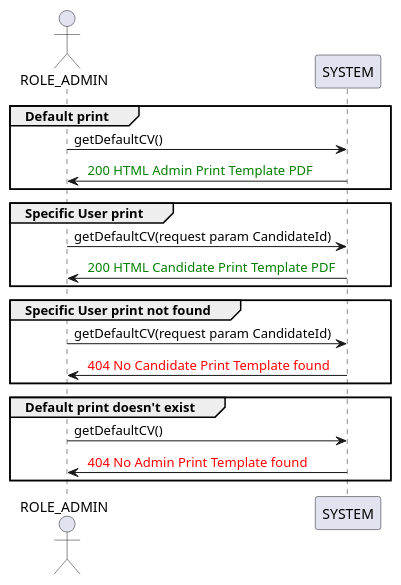
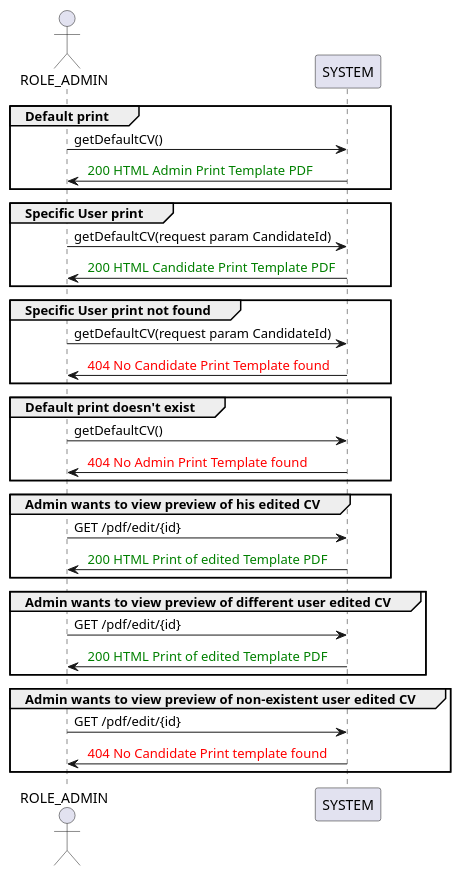
Before and after one commit to kane16/portfolio-server: the third of 3 diagrams in KB/CV View/CV View.md, drawn with PlantUML. The commit also changed other lines of this file and 4 other files, not shown here.

````diff
--- a/KB/CV View/CV View.md
+++ b/KB/CV View/CV View.md
@@ -27,19 +52,32 @@
 ```plantuml
 actor ROLE_ADMIN as admin
+participant SYSTEM as system
 group Default print
-admin -> SYSTEM: getDefaultCV() 
-SYSTEM -> admin: <font color=green> 200 HTML Admin Print Template PDF
+admin -> system: getDefaultCV() 
+system -> admin: <font color=green> 200 HTML Admin Print Template PDF
 end
 group Specific User print
-admin -> SYSTEM: getDefaultCV(request param CandidateId) 
-SYSTEM -> admin: <font color=green> 200 HTML Candidate Print Template PDF
+admin -> system: getDefaultCV(request param CandidateId) 
+system -> admin: <font color=green> 200 HTML Candidate Print Template PDF
 end
 group Specific User print not found
-admin -> SYSTEM: getDefaultCV(request param CandidateId) 
-SYSTEM -> admin: <font color=red> 404 No Candidate Print Template found
+admin -> system: getDefaultCV(request param CandidateId) 
+system -> admin: <font color=red> 404 No Candidate Print Template found
 end
 group Default print doesn't exist
-admin -> SYSTEM: getDefaultCV() 
-SYSTEM -> admin: <font color=red> 404 No Admin Print Template found
+admin -> system: getDefaultCV() 
+system -> admin: <font color=red> 404 No Admin Print Template found
+end
+group Admin wants to view preview of his edited CV
+admin -> system: GET /pdf/edit/{id}
+system -> admin: <font color=green> 200 HTML Print of edited Template PDF
+end
+group Admin wants to view preview of different user edited CV
+admin -> system: GET /pdf/edit/{id}
+system -> admin: <font color=green> 200 HTML Print of edited Template PDF
+end
+group Admin wants to view preview of non-existent user edited CV
+admin -> system: GET /pdf/edit/{id}
+system -> admin: <font color=red> 404 No Candidate Print template found
 end
 ```
````
